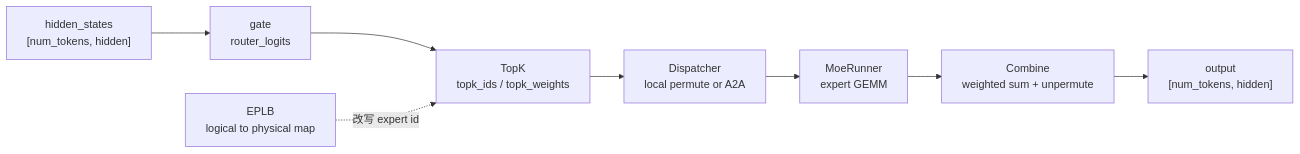
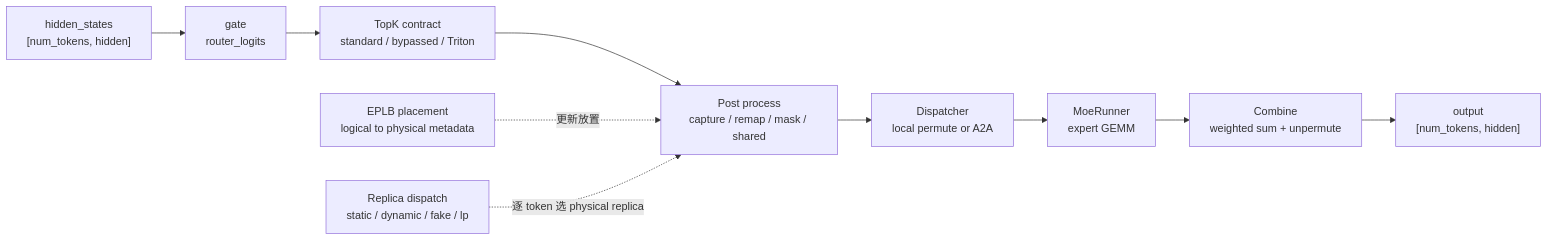
The diagram in sglang_reading/内存与Attention/MoE/SGLang-MoE.md (OnlyHero5/sglang-reading-vault), drawn with Mermaid before and after one commit. The commit also changed other lines of this file and 512 other files, not shown here.

````diff
--- a/sglang_reading/内存与Attention/MoE/SGLang-MoE.md
+++ b/sglang_reading/内存与Attention/MoE/SGLang-MoE.md
@@ -33,15 +33,18 @@
 ```mermaid
 flowchart LR
   H["hidden_states<br/>[num_tokens, hidden]"]
   G["gate<br/>router_logits"]
-  K["TopK<br/>topk_ids / topk_weights"]
+  K["TopK contract<br/>standard / bypassed / Triton"]
+  P["Post process<br/>capture / remap / mask / shared"]
   D["Dispatcher<br/>local permute or A2A"]
   E["MoeRunner<br/>expert GEMM"]
   C["Combine<br/>weighted sum + unpermute"]
   O["output<br/>[num_tokens, hidden]"]
-  L["EPLB<br/>logical to physical map"]
+  L["EPLB placement<br/>logical to physical metadata"]
+  R["Replica dispatch<br/>static / dynamic / fake / lp"]
 
-  H --> G --> K
-  L -. "改写 expert id" .-> K
-  K --> D --> E --> C --> O
+  H --> G --> K --> P
+  L -. "更新放置" .-> P
+  R -. "逐 token 选 physical replica" .-> P
+  P --> D --> E --> C --> O
 ```
````
